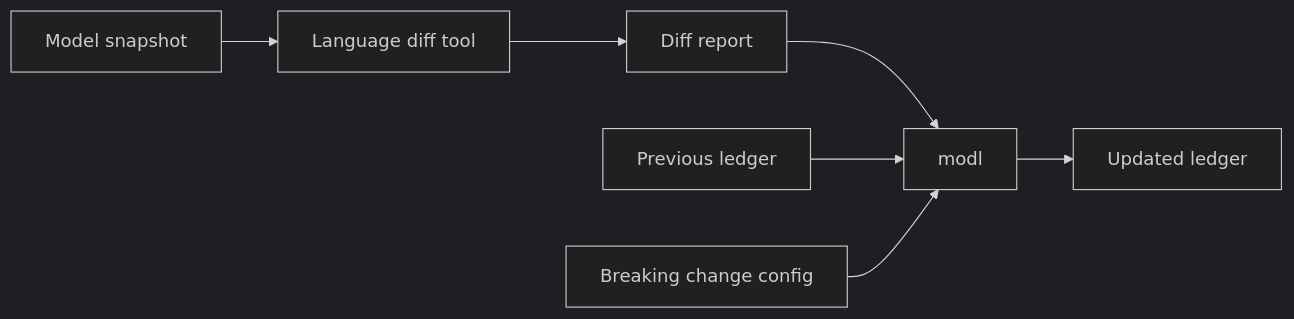
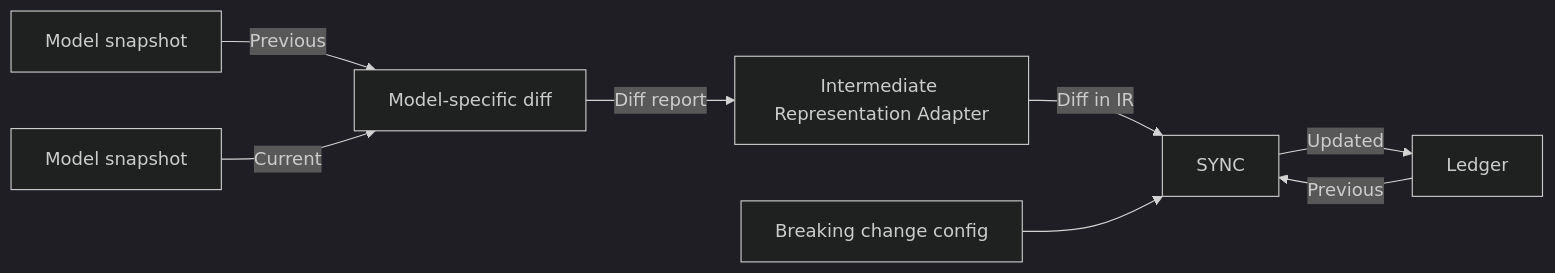
One commit to COVESA/modl changed the first of 2 diagrams in README.md. Above: the diagram before and after it, drawn with Mermaid (dark theme). The commit also changed other lines of this file and 11 other files, not shown here.

````diff
--- a/README.md
+++ b/README.md
@@ -19,9 +19,10 @@
 ```mermaid
 flowchart LR
-    A[Model snapshot] --> B[Language diff tool]
-    B --> C[Diff report]
-    C --> E[modl]
-    D[Previous ledger] --> E
-    F[Breaking change config] --> E
-    E --> G[Updated ledger]
+    A[Model snapshot] --> |Previous| DIFF[Model-specific diff]
+    B[Model snapshot] --> |Current| DIFF
+    DIFF --> |Diff report| ADAPTER[Intermediate Representation Adapter]
+    ADAPTER --> |Diff in IR| SYNC
+    LEDGER[Ledger] --> |Previous| SYNC
+    F[Breaking change config] --> SYNC
+    SYNC --> |Updated| LEDGER
 ```
````
